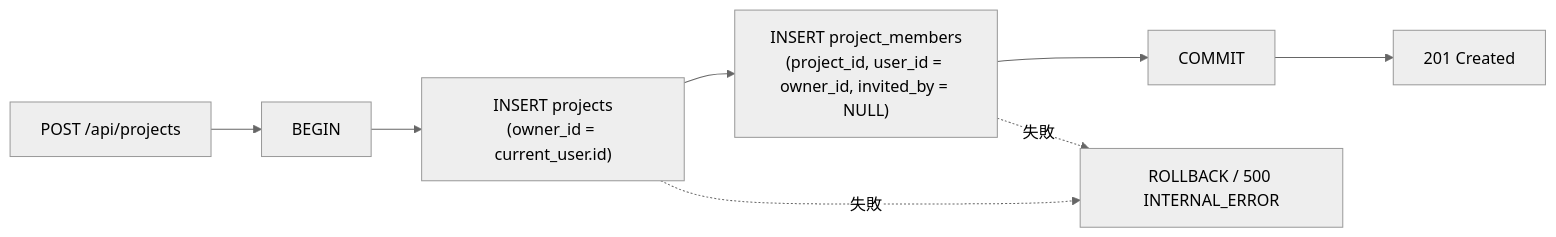
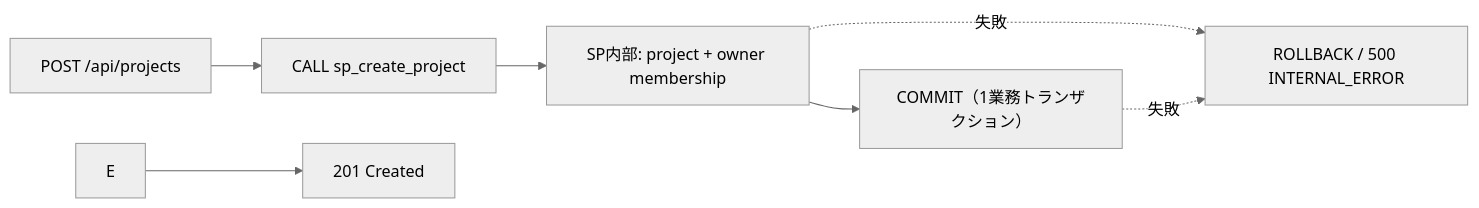
One commit to oikawa-d/task_management changed the fourth of 4 diagrams in detailed_design/api/projects/02_post_projects.md. Above: the diagram before and after it, drawn with Mermaid (neutral theme). The commit also changed other lines of this file and 58 other files, not shown here.

````diff
--- a/detailed_design/api/projects/02_post_projects.md
+++ b/detailed_design/api/projects/02_post_projects.md
@@ -202,10 +201,9 @@
 ```mermaid
 flowchart LR
-    A["POST /api/projects"] --> B["BEGIN"]
-    B --> C["INSERT projects<br/>(owner_id = current_user.id)"]
-    C --> D["INSERT project_members<br/>(project_id, user_id = owner_id, invited_by = NULL)"]
-    D --> E["COMMIT"]
+    A["POST /api/projects"] --> B["CALL sp_create_project"]
+    B --> C["SP内部: project + owner membership"]
+    C --> D["COMMIT（1業務トランザクション）"]
     E --> F["201 Created"]
     C -.->|"失敗"| G["ROLLBACK / 500 INTERNAL_ERROR"]
     D -.->|"失敗"| G
 ```
````
